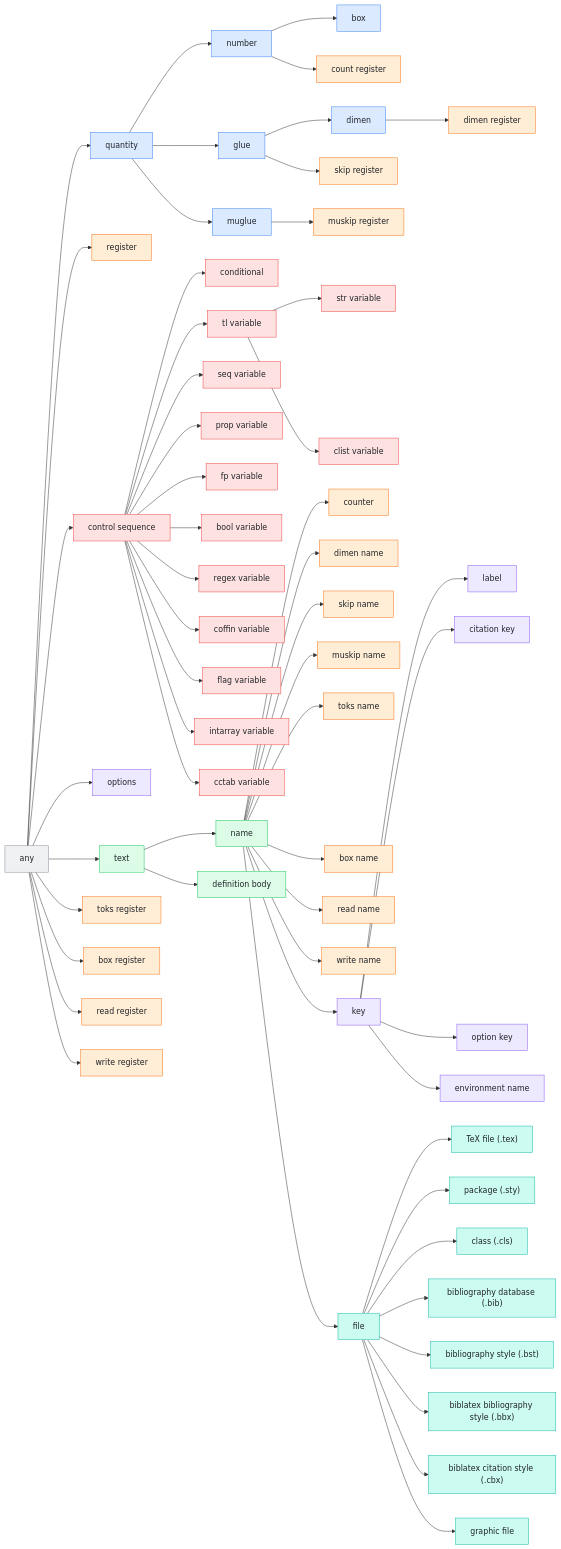
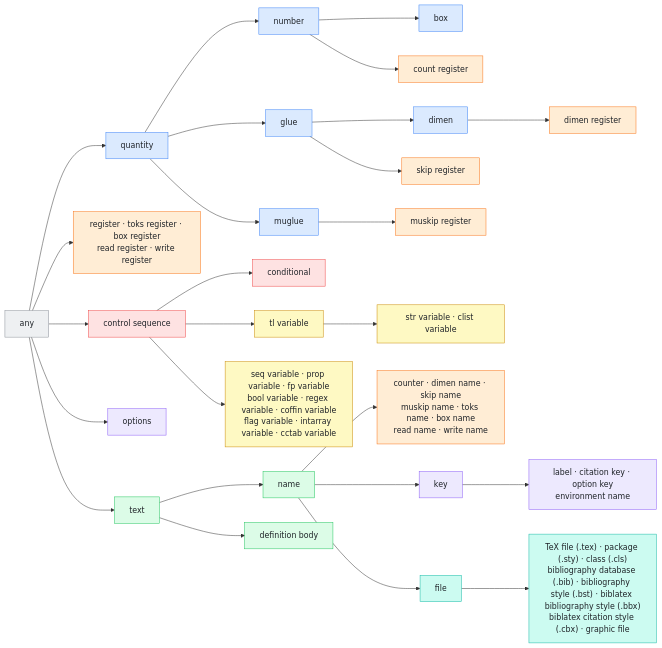
The diagram in doc/wiki/domains.md (EagleoutIce/satex-analyzer), drawn with Mermaid before and after one commit. The commit also changed other lines of this file and 2 other files, not shown here.

````diff
--- a/doc/wiki/domains.md
+++ b/doc/wiki/domains.md
@@ -219,55 +243,25 @@
   t4["glue"]:::quantity
   t5["muglue"]:::quantity
   t6["box"]:::quantity
-  t7["register"]:::register
+  t7["register · toks register · box register<br>read register · write register"]:::register
   t8["control sequence"]:::cs
   t9["conditional"]:::cs
   t10["options"]:::key
   t11["text"]:::text
   t12["name"]:::text
   t13["definition body"]:::text
-  t14["tl variable"]:::cs
-  t15["str variable"]:::cs
-  t16["clist variable"]:::cs
-  t17["seq variable"]:::cs
-  t18["prop variable"]:::cs
-  t19["fp variable"]:::cs
-  t20["bool variable"]:::cs
-  t21["regex variable"]:::cs
-  t22["coffin variable"]:::cs
-  t23["flag variable"]:::cs
-  t24["intarray variable"]:::cs
-  t25["cctab variable"]:::cs
-  t26["count register"]:::register
-  t27["dimen register"]:::register
-  t28["skip register"]:::register
-  t29["muskip register"]:::register
-  t30["toks register"]:::register
-  t31["box register"]:::register
-  t32["read register"]:::register
-  t33["write register"]:::register
-  t34["counter"]:::register
-  t35["dimen name"]:::register
-  t36["skip name"]:::register
-  t37["muskip name"]:::register
-  t38["toks name"]:::register
-  t39["box name"]:::register
-  t40["read name"]:::register
-  t41["write name"]:::register
-  t42["key"]:::key
-  t43["label"]:::key
-  t44["citation key"]:::key
-  t45["option key"]:::key
-  t46["environment name"]:::key
-  t47["file"]:::file
-  t48["TeX file (.tex)"]:::file
-  t49["package (.sty)"]:::file
-  t50["class (.cls)"]:::file
-  t51["bibliography database (.bib)"]:::file
-  t52["bibliography style (.bst)"]:::file
-  t53["biblatex bibliography style (.bbx)"]:::file
-  t54["biblatex citation style (.cbx)"]:::file
-  t55["graphic file"]:::file
+  t14["tl variable"]:::expl3
+  t15["str variable · clist variable"]:::expl3
+  t16["seq variable · prop variable · fp variable<br>bool variable · regex variable · coffin variable<br>flag variable · intarray variable · cctab variable"]:::expl3
+  t17["count register"]:::register
+  t18["dimen register"]:::register
+  t19["skip register"]:::register
+  t20["muskip register"]:::register
+  t21["counter · dimen name · skip name<br>muskip name · toks name · box name<br>read name · write name"]:::register
+  t22["key"]:::key
+  t23["label · citation key · option key<br>environment name"]:::key
+  t24["file"]:::file
+  t25["TeX file (.tex) · package (.sty) · class (.cls)<br>bibliography database (.bib) · bibliography style (.bst) · biblatex bibliography style (.bbx)<br>biblatex citation style (.cbx) · graphic file"]:::file
   t0 --> t1
   t1 --> t2
   t4 --> t3
@@ -283,51 +277,22 @@
   t11 --> t13
   t8 --> t14
   t14 --> t15
-  t14 --> t16
-  t8 --> t17
-  t8 --> t18
-  t8 --> t19
-  t8 --> t20
-  t8 --> t21
-  t8 --> t22
-  t8 --> t23
-  t8 --> t24
-  t8 --> t25
-  t2 --> t26
-  t3 --> t27
-  t4 --> t28
-  t5 --> t29
-  t0 --> t30
-  t0 --> t31
-  t0 --> t32
-  t0 --> t33
-  t12 --> t34
-  t12 --> t35
-  t12 --> t36
-  t12 --> t37
-  t12 --> t38
-  t12 --> t39
-  t12 --> t40
-  t12 --> t41
-  t12 --> t42
-  t42 --> t43
-  t42 --> t44
-  t42 --> t45
-  t42 --> t46
-  t12 --> t47
-  t47 --> t48
-  t47 --> t49
-  t47 --> t50
-  t47 --> t51
-  t47 --> t52
-  t47 --> t53
-  t47 --> t54
-  t47 --> t55
+  t8 --> t16
+  t2 --> t17
+  t3 --> t18
+  t4 --> t19
+  t5 --> t20
+  t12 --> t21
+  t12 --> t22
+  t22 --> t23
+  t12 --> t24
+  t24 --> t25
   classDef top fill:#eef0f2,stroke:#8a8f98,color:#1f2328
   classDef quantity fill:#dbeafe,stroke:#3b82f6,color:#1f2328
   classDef register fill:#ffedd5,stroke:#f97316,color:#1f2328
   classDef key fill:#ede9fe,stroke:#8b5cf6,color:#1f2328
   classDef file fill:#ccfbf1,stroke:#14b8a6,color:#1f2328
   classDef cs fill:#fee2e2,stroke:#ef4444,color:#1f2328
+  classDef expl3 fill:#fef9c3,stroke:#ca8a04,color:#1f2328
   classDef text fill:#dcfce7,stroke:#22c55e,color:#1f2328
 ```
````
